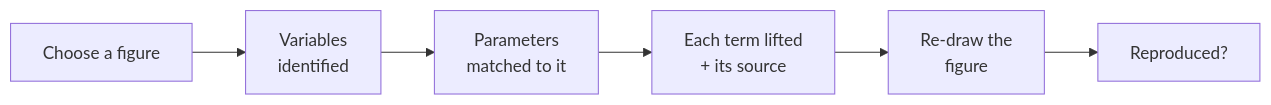
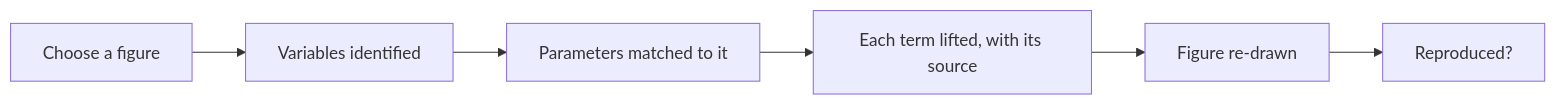
One commit to Lizo-RoadTown/sde-extraction changed the diagram in apps/docs/src/content/docs/start/reproduce.md. Above: the diagram before and after it, drawn with Mermaid. The commit also changed other lines of this file and 1 other file, not shown here.

````diff
--- a/apps/docs/src/content/docs/start/reproduce.md
+++ b/apps/docs/src/content/docs/start/reproduce.md
@@ -11,8 +10,8 @@
 ```mermaid
 flowchart LR
-  A["Choose a figure"] --> B["Variables<br/>identified"]
-  B --> C["Parameters<br/>matched to it"]
-  C --> D["Each term lifted<br/>+ its source"]
-  D --> E["Re-draw the<br/>figure"]
+  A["Choose a figure"] --> B["Variables identified"]
+  B --> C["Parameters matched to it"]
+  C --> D["Each term lifted, with its source"]
+  D --> E["Figure re-drawn"]
   E --> F["Reproduced?"]
 ```
````
